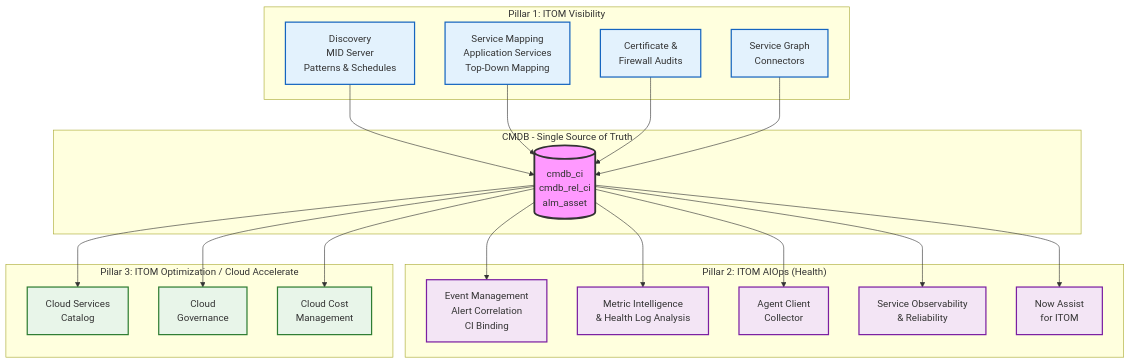
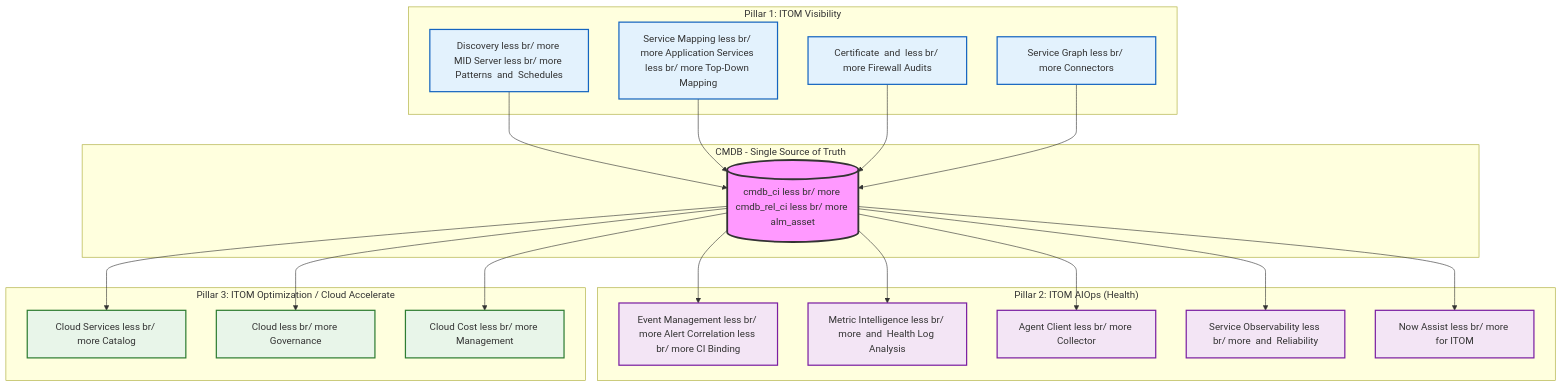
Before and after one commit to eltonaguiar/ServiceNow_Learning_TSOM-_CSM_FSM_SalesCRM_HAM_ITSM: the first of 5 diagrams in docs/modules/itom/itom-guide.md, drawn with Mermaid. The commit also changed other lines of this file and 19 other files, not shown here.

Commit message:
Fix all Mermaid diagram special characters - replace dollar, parens, slashes, quotes, pipes, nested brackets and other unsafe chars inside brackets with safe alternatives across 19 files

````diff
--- a/docs/modules/itom/itom-guide.md
+++ b/docs/modules/itom/itom-guide.md
@@ -121,56 +121,56 @@
 ```mermaid
 graph TD
     subgraph "CMDB  -  Single Source of Truth"
-        CMDB[(cmdb_ci<br/>cmdb_rel_ci<br/>alm_asset)]
+        CMDB[(cmdb_ci less br/ more cmdb_rel_ci less br/ more alm_asset)]
     end
 
     subgraph "Pillar 1: ITOM Visibility"
-        V1[Discovery<br/>MID Server<br/>Patterns & Schedules]
-        V2[Service Mapping<br/>Application Services<br/>Top-Down Mapping]
-        V3[Certificate &<br/>Firewall Audits]
-        V4[Service Graph<br/>Connectors]
+        V1[Discovery less br/ more MID Server less br/ more Patterns  and  Schedules]
+        V2[Service Mapping less br/ more Application Services less br/ more Top-Down Mapping]
+        V3[Certificate  and  less br/ more Firewall Audits]
+        V4[Service Graph less br/ more Connectors]
     end
 
     subgraph "Pillar 2: ITOM AIOps (Health)"
-        H1[Event Management<br/>Alert Correlation<br/>CI Binding]
-        H2[Metric Intelligence<br/>& Health Log Analysis]
-        H3[Agent Client<br/>Collector]
-        H4[Service Observability<br/>& Reliability]
-        H5[Now Assist<br/>for ITOM]
+        H1[Event Management less br/ more Alert Correlation less br/ more CI Binding]
+        H2[Metric Intelligence less br/ more  and  Health Log Analysis]
+        H3[Agent Client less br/ more Collector]
+        H4[Service Observability less br/ more  and  Reliability]
+        H5[Now Assist less br/ more for ITOM]
     end
 
     subgraph "Pillar 3: ITOM Optimization / Cloud Accelerate"
-        O1[Cloud Services<br/>Catalog]
-        O2[Cloud<br/>Governance]
-        O3[Cloud Cost<br/>Management]
+        O1[Cloud Services less br/ more Catalog]
+        O2[Cloud less br/ more Governance]
+        O3[Cloud Cost less br/ more Management]
     end
 
     V1 --> CMDB
     V2 --> CMDB
     V3 --> CMDB
     V4 --> CMDB
 
     CMDB --> H1
     CMDB --> H2
     CMDB --> H3
     CMDB --> H4
     CMDB --> H5
 
     CMDB --> O1
     CMDB --> O2
     CMDB --> O3
 
     style CMDB fill:#f9f,stroke:#333,stroke-width:3px
     style V1 fill:#e3f2fd,stroke:#1565c0,stroke-width:2px
     style V2 fill:#e3f2fd,stroke:#1565c0,stroke-width:2px
     style V3 fill:#e3f2fd,stroke:#1565c0,stroke-width:2px
     style V4 fill:#e3f2fd,stroke:#1565c0,stroke-width:2px
     style H1 fill:#f3e5f5,stroke:#7b1fa2,stroke-width:2px
     style H2 fill:#f3e5f5,stroke:#7b1fa2,stroke-width:2px
     style H3 fill:#f3e5f5,stroke:#7b1fa2,stroke-width:2px
     style H4 fill:#f3e5f5,stroke:#7b1fa2,stroke-width:2px
     style H5 fill:#f3e5f5,stroke:#7b1fa2,stroke-width:2px
     style O1 fill:#e8f5e9,stroke:#2e7d32,stroke-width:2px
     style O2 fill:#e8f5e9,stroke:#2e7d32,stroke-width:2px
     style O3 fill:#e8f5e9,stroke:#2e7d32,stroke-width:2px
 ```
````
